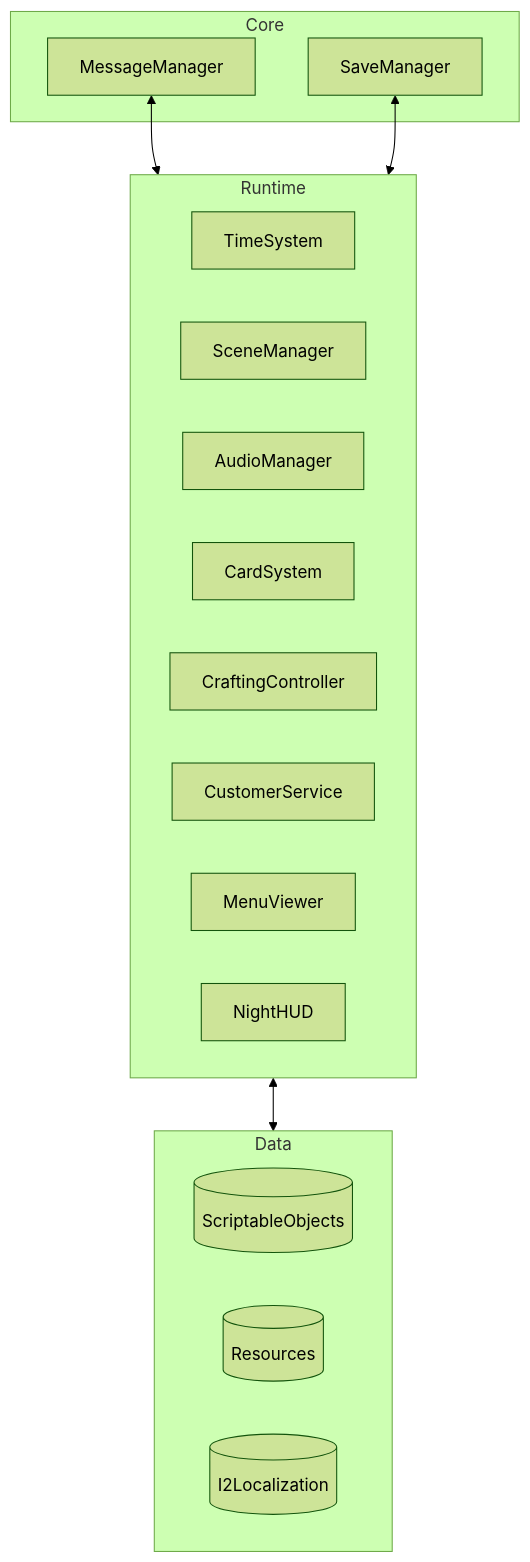
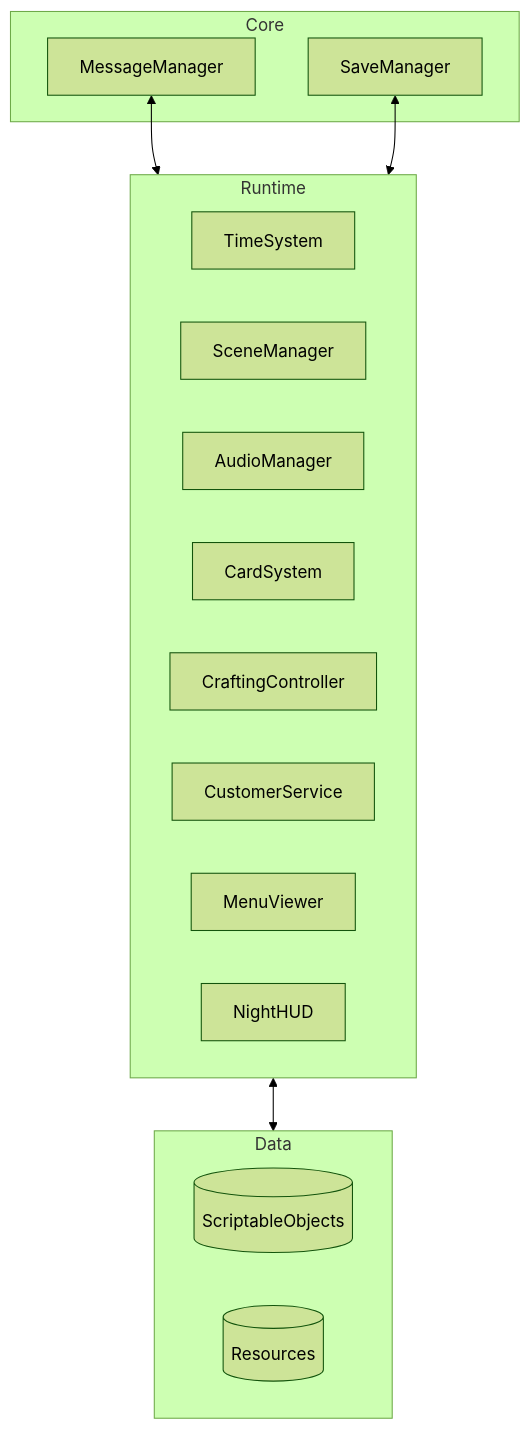
The fourth of 4 diagrams in README.md (EstellaNines/Taberna-Noctis), drawn with Mermaid (forest theme) before and after one commit. The commit also changed other lines of this file and 4 other files, not shown here.

````diff
--- a/README.md
+++ b/README.md
@@ -125,26 +127,25 @@
 ```mermaid
 flowchart TD
     subgraph Core
         MSG[MessageManager]
         SAVE[SaveManager]
     end
     subgraph Runtime
         TIME[TimeSystem]
         SCENE[SceneManager]
         AUDIO[AudioManager]
         CARD[CardSystem]
         CRAFT[CraftingController]
         CUSTOMER[CustomerService]
         MENU[MenuViewer]
         HUD[NightHUD]
     end
     subgraph Data
         SO[(ScriptableObjects)]
         RES[(Resources)]
-        I2[(I2Localization)]
     end
     
     MSG <--> Runtime
     SAVE <--> Runtime
     Runtime <--> Data
 ```
````
